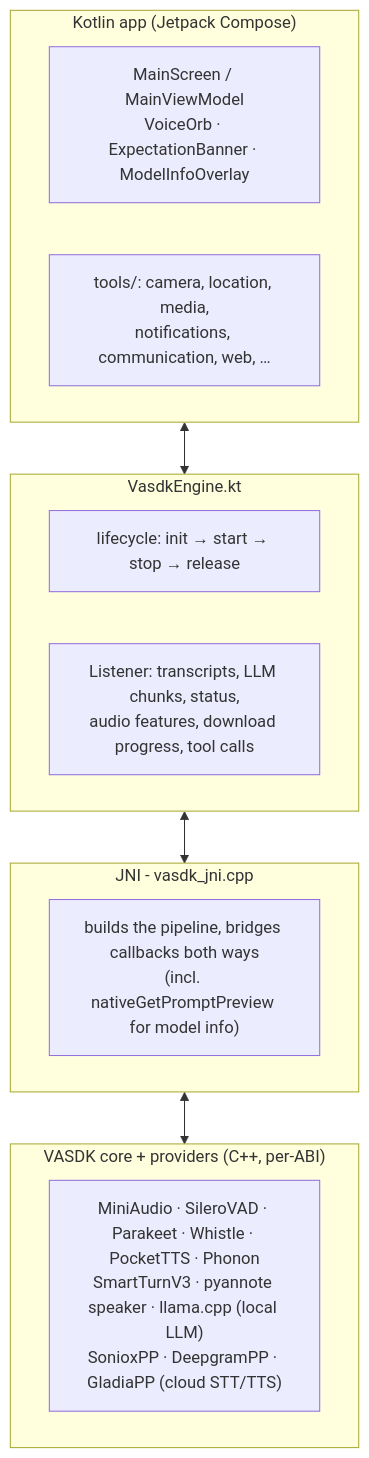
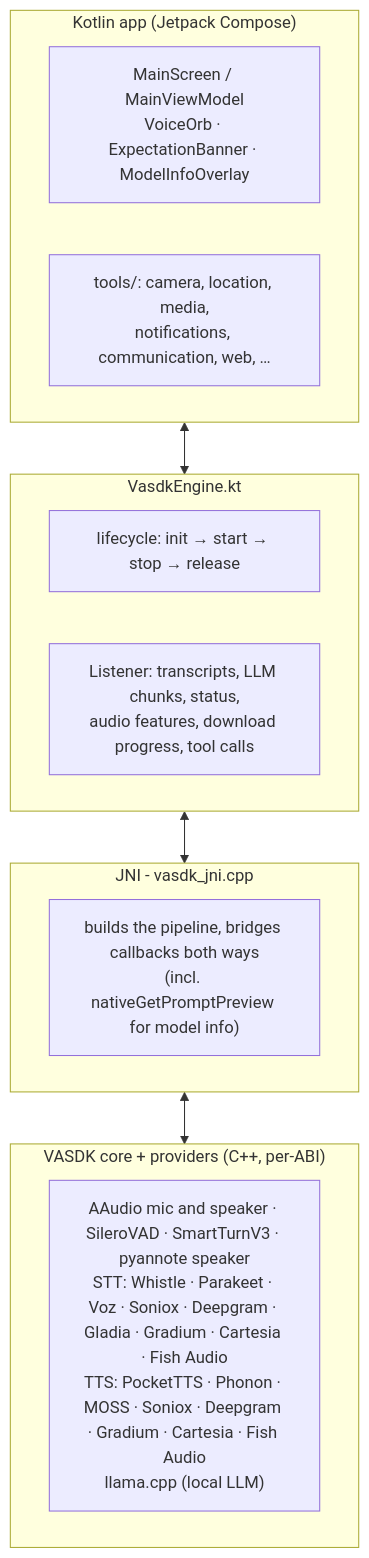
Before and after one commit to fatehmtd/VASDK: the first of 4 diagrams in docs/apps/android.md, drawn with Mermaid. The commit also changed other lines of this file and 26 other files, not shown here.

````diff
--- a/docs/apps/android.md
+++ b/docs/apps/android.md
@@ -7,21 +7,21 @@
 ```mermaid
 flowchart TB
     subgraph Kotlin["Kotlin app (Jetpack Compose)"]
         UI["MainScreen / MainViewModel<br/>VoiceOrb · ExpectationBanner · ModelInfoOverlay"]
         Tools["tools/: camera, location, media,<br/>notifications, communication, web, …"]
     end
     subgraph Engine["VasdkEngine.kt"]
         Lifecycle["lifecycle: init → start → stop → release"]
         Listener["Listener: transcripts, LLM chunks, status,<br/>audio features, download progress, tool calls"]
     end
     subgraph JNI["JNI - vasdk_jni.cpp"]
         Bridge["builds the pipeline, bridges callbacks both ways<br/>(incl. nativeGetPromptPreview for model info)"]
     end
     subgraph Native["VASDK core + providers (C++, per-ABI)"]
-        Providers["MiniAudio · SileroVAD · Parakeet · Whistle · PocketTTS · Phonon<br/>SmartTurnV3 · pyannote speaker · llama.cpp (local LLM)<br/>SonioxPP · DeepgramPP · GladiaPP (cloud STT/TTS)"]
+        Providers["AAudio mic and speaker · SileroVAD · SmartTurnV3 · pyannote speaker<br/>STT: Whistle · Parakeet · Voz · Soniox · Deepgram · Gladia · Gradium · Cartesia · Fish Audio<br/>TTS: PocketTTS · Phonon · MOSS · Soniox · Deepgram · Gradium · Cartesia · Fish Audio<br/>llama.cpp (local LLM)"]
     end
 
     Kotlin <--> Engine
     Engine <--> JNI
     JNI <--> Native
 ```
````
